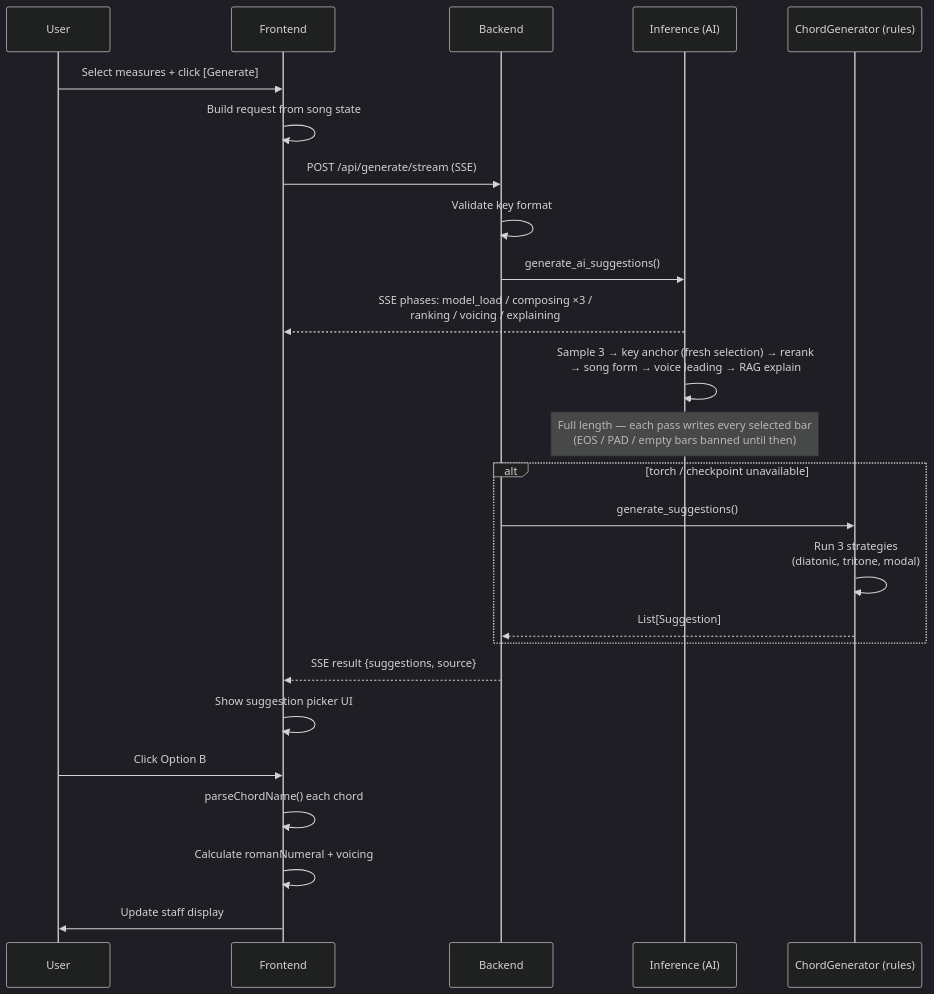
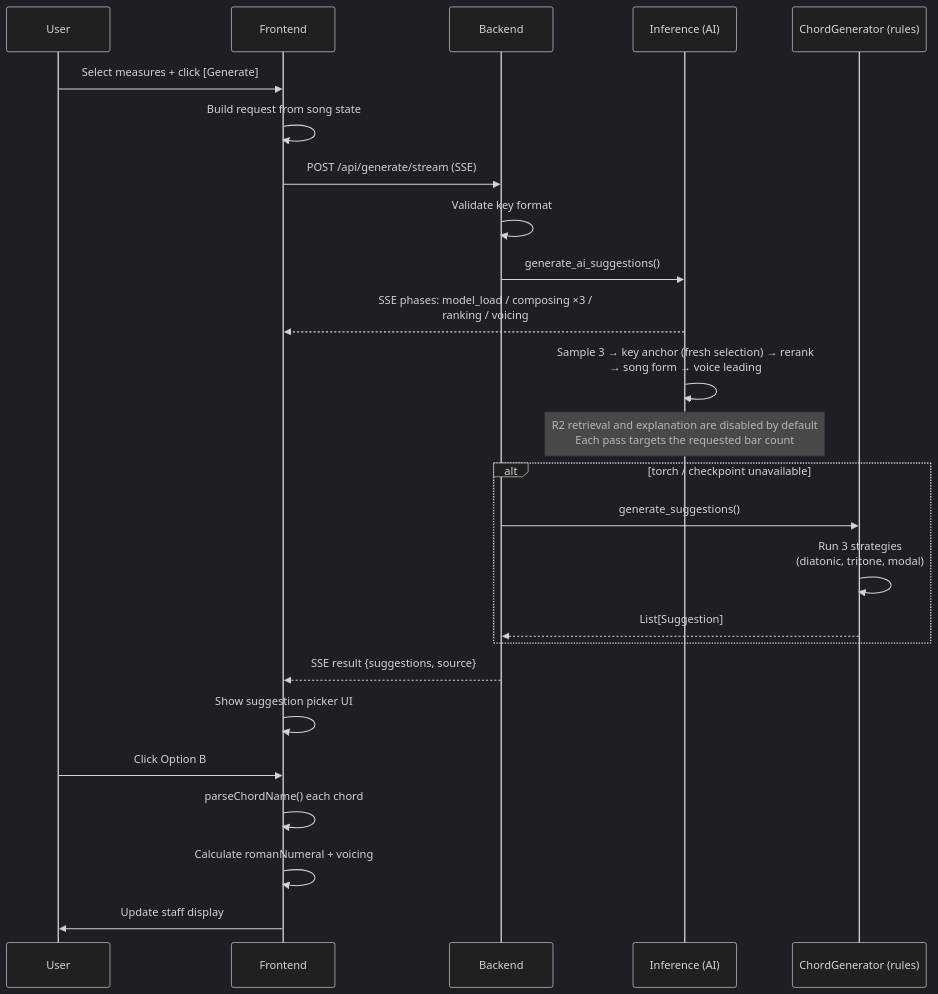
One commit to PearlLeeStudio/TheArtist-DAW changed the second of 2 diagrams in API_SPEC.md. Above: the diagram before and after it, drawn with Mermaid (dark theme). The commit also changed other lines of this file and 4 other files, not shown here.

````diff
--- a/API_SPEC.md
+++ b/API_SPEC.md
@@ -871,28 +936,28 @@
 ```mermaid
 sequenceDiagram
     participant U as User
     participant FE as Frontend
     participant BE as Backend
     participant INF as Inference (AI)
     participant GEN as ChordGenerator (rules)
 
     U->>FE: Select measures + click [Generate]
     FE->>FE: Build request from song state
     FE->>BE: POST /api/generate/stream (SSE)
     BE->>BE: Validate key format
     BE->>INF: generate_ai_suggestions()
-    INF-->>FE: SSE phases: model_load / composing ×3 /<br/>ranking / voicing / explaining
-    INF->>INF: Sample 3 → key anchor (fresh selection) → rerank<br/>→ song form → voice leading → RAG explain
-    Note over INF: Full length — each pass writes every selected bar<br/>(EOS / PAD / empty bars banned until then)
+    INF-->>FE: SSE phases: model_load / composing ×3 /<br/>ranking / voicing
+    INF->>INF: Sample 3 → key anchor (fresh selection) → rerank<br/>→ song form → voice leading
+    Note over INF: R2 retrieval and explanation are disabled by default<br/>Each pass targets the requested bar count
     alt torch / checkpoint unavailable
         BE->>GEN: generate_suggestions()
         GEN->>GEN: Run 3 strategies<br/>(diatonic, tritone, modal)
         GEN-->>BE: List[Suggestion]
     end
     BE-->>FE: SSE result {suggestions, source}
     FE->>FE: Show suggestion picker UI
     U->>FE: Click Option B
     FE->>FE: parseChordName() each chord
     FE->>FE: Calculate romanNumeral + voicing
     FE->>U: Update staff display
 ```
````
